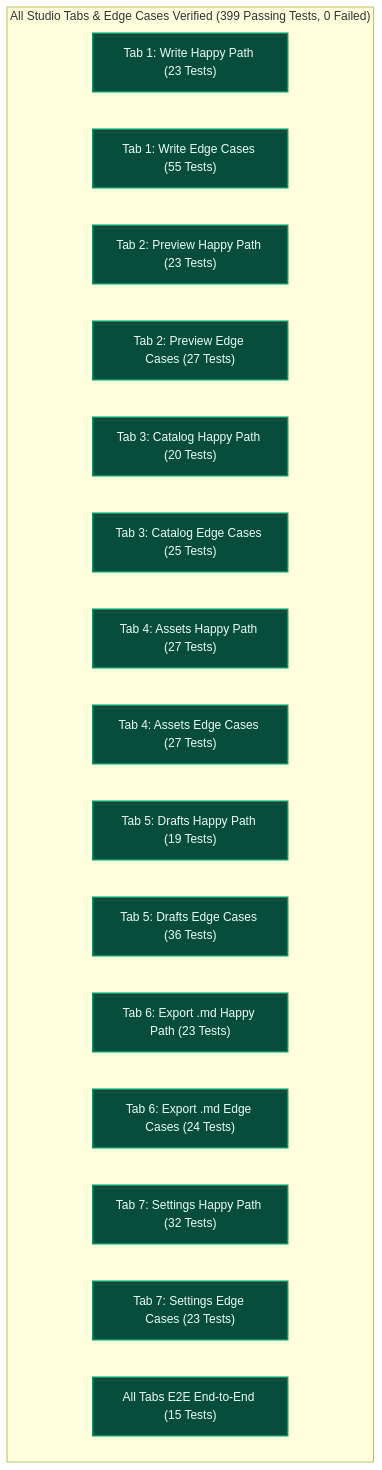
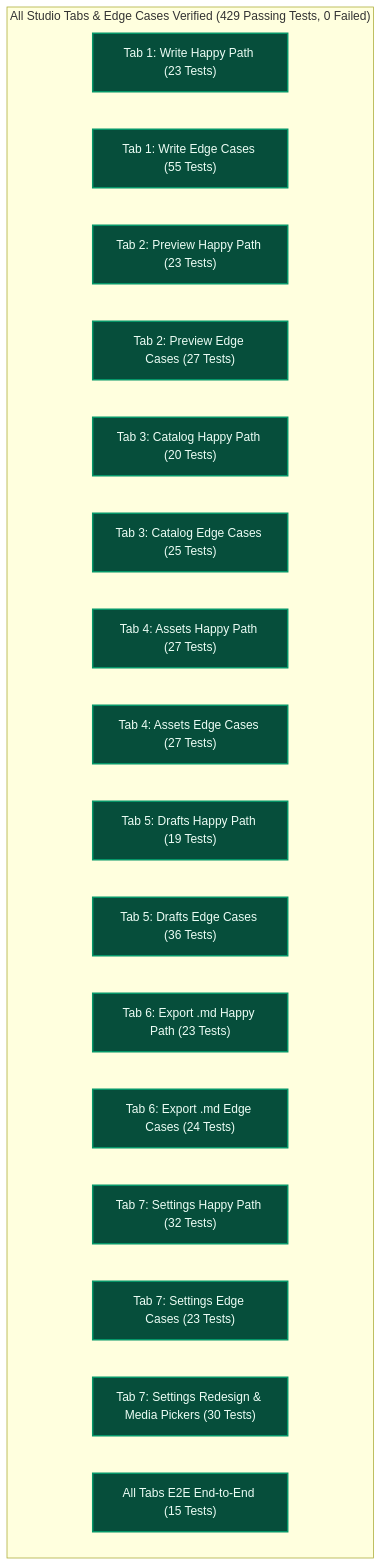
The diagram in tests/CMS_TAB_COVERAGE_REPORT.md (thingpuisen-studio/khangluah), drawn with Mermaid before and after one commit. The commit also changed other lines of this file and 8 other files, not shown here.

First line of the commit message:
feat(cms): redesign settings with page-centric layout, visual media pickers, and local api persistence

````diff
--- a/tests/CMS_TAB_COVERAGE_REPORT.md
+++ b/tests/CMS_TAB_COVERAGE_REPORT.md
@@ -26,23 +26,24 @@
 ```mermaid
 flowchart TD
-    subgraph AllSuites ["All Studio Tabs & Edge Cases Verified (399 Passing Tests, 0 Failed)"]
+    subgraph AllSuites ["All Studio Tabs & Edge Cases Verified (429 Passing Tests, 0 Failed)"]
         W1["Tab 1: Write Happy Path (23 Tests)"]
         W2["Tab 1: Write Edge Cases (55 Tests)"]
         P1["Tab 2: Preview Happy Path (23 Tests)"]
         P2["Tab 2: Preview Edge Cases (27 Tests)"]
         C1["Tab 3: Catalog Happy Path (20 Tests)"]
         C2["Tab 3: Catalog Edge Cases (25 Tests)"]
         A1["Tab 4: Assets Happy Path (27 Tests)"]
         A2["Tab 4: Assets Edge Cases (27 Tests)"]
         D1["Tab 5: Drafts Happy Path (19 Tests)"]
         D2["Tab 5: Drafts Edge Cases (36 Tests)"]
         E1["Tab 6: Export .md Happy Path (23 Tests)"]
         E2["Tab 6: Export .md Edge Cases (24 Tests)"]
         S1["Tab 7: Settings Happy Path (32 Tests)"]
         S2["Tab 7: Settings Edge Cases (23 Tests)"]
+        S3["Tab 7: Settings Redesign & Media Pickers (30 Tests)"]
         E2E["All Tabs E2E End-to-End (15 Tests)"]
     end
 
     classDef passed fill:#064e3b,stroke:#059669,stroke-width:2px,color:#ecfdf5;
-    class W1,W2,P1,P2,C1,C2,A1,A2,D1,D2,E1,E2,S1,S2,E2E passed;
+    class W1,W2,P1,P2,C1,C2,A1,A2,D1,D2,E1,E2,S1,S2,S3,E2E passed;
 ```
````
